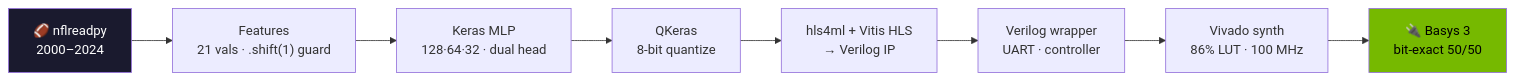
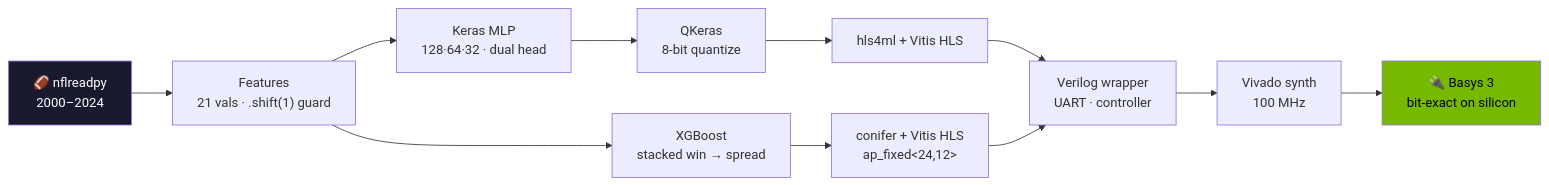
The first of 3 diagrams in README.md (Kanishk234/nfl-fpga-accelerator), drawn with Mermaid before and after one commit. The commit also changed other lines of this file and 2 other files, not shown here.

````diff
--- a/README.md
+++ b/README.md
@@ -42,12 +51,15 @@
 ```mermaid
 flowchart LR
     A["🏈 nflreadpy<br/>2000–2024"] --> B["Features<br/>21 vals · .shift(1) guard"]
-    B --> C["Keras MLP<br/>128·64·32 · dual head"]
-    C --> D["QKeras<br/>8-bit quantize"]
-    D --> E["hls4ml + Vitis HLS<br/>→ Verilog IP"]
-    E --> F["Verilog wrapper<br/>UART · controller"]
-    F --> G["Vivado synth<br/>86% LUT · 100 MHz"]
-    G --> H["🔌 Basys 3<br/>bit-exact 50/50"]
+    B --> C1["Keras MLP<br/>128·64·32 · dual head"]
+    B --> C2["XGBoost<br/>stacked win → spread"]
+    C1 --> D1["QKeras<br/>8-bit quantize"]
+    D1 --> E1["hls4ml + Vitis HLS"]
+    C2 --> E2["conifer + Vitis HLS<br/>ap_fixed&lt;24,12&gt;"]
+    E1 --> F["Verilog wrapper<br/>UART · controller"]
+    E2 --> F
+    F --> G["Vivado synth<br/>100 MHz"]
+    G --> H["🔌 Basys 3<br/>bit-exact on silicon"]
     style H fill:#76B900,color:#000
     style A fill:#1a1a2e,color:#fff
 ```
````
